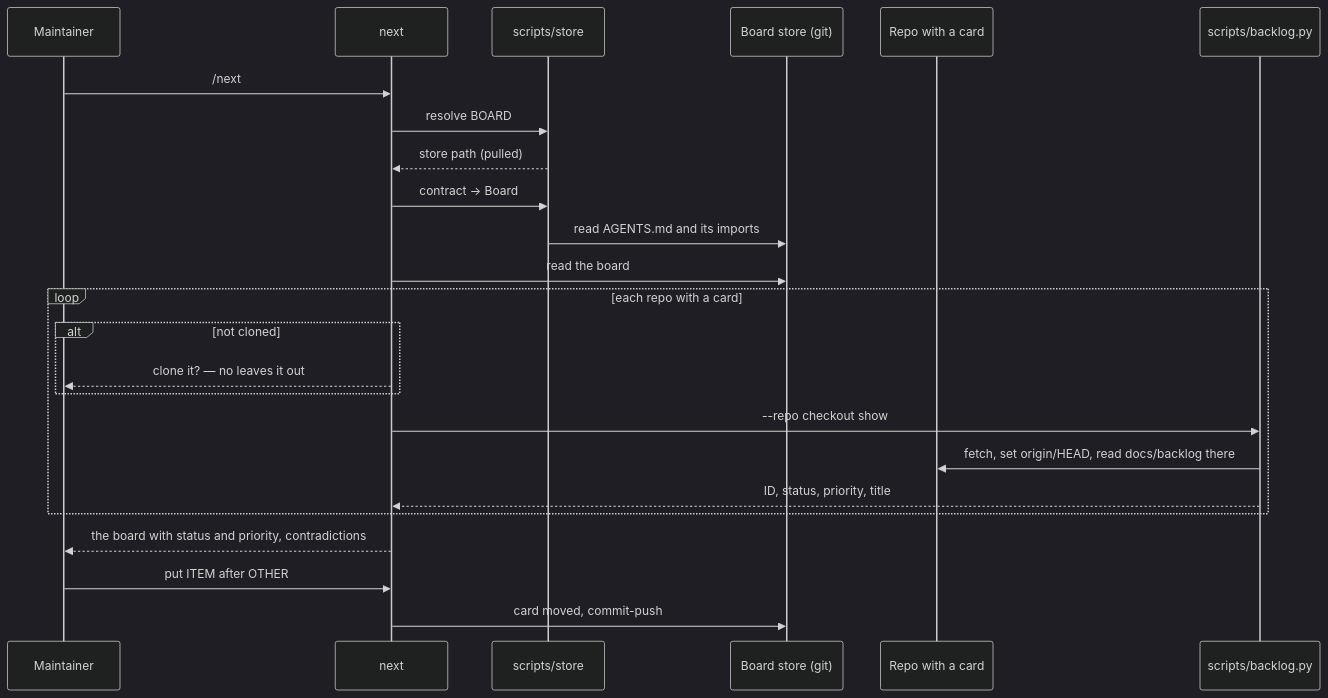
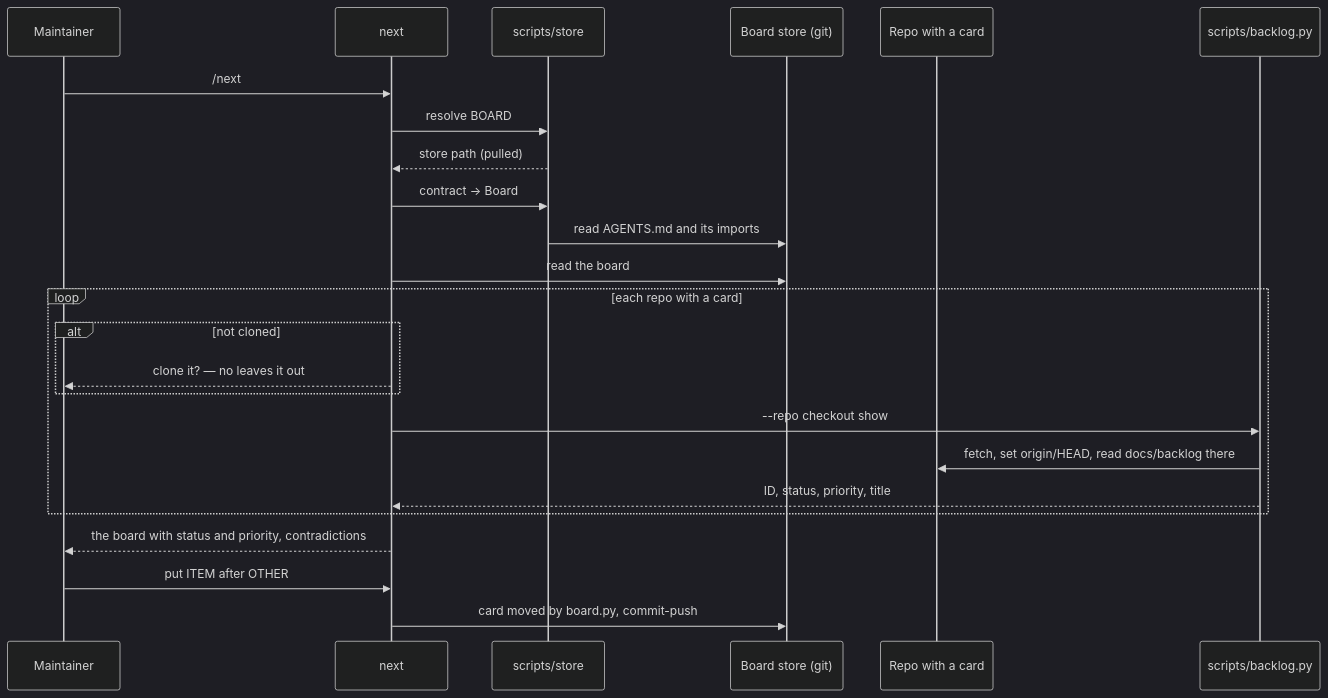
One commit to xxthunder/xxthunder-agentic-skills changed the eighth of 9 diagrams in docs/architecture.md. Above: the diagram before and after it, drawn with Mermaid (dark theme). The commit also changed other lines of this file and 6 other files, not shown here.

````diff
--- a/docs/architecture.md
+++ b/docs/architecture.md
@@ -328,26 +333,26 @@
 ```mermaid
 sequenceDiagram
     participant U as Maintainer
     participant N as next
     participant S as scripts/store
     participant K as Board store (git)
     participant R as Repo with a card
     participant P as scripts/backlog.py
     U->>N: /next
     N->>S: resolve BOARD
     S-->>N: store path (pulled)
     N->>S: contract → Board
     S->>K: read AGENTS.md and its imports
     N->>K: read the board
     loop each repo with a card
         alt not cloned
             N-->>U: clone it? — no leaves it out
         end
         N->>P: --repo checkout show
         P->>R: fetch, set origin/HEAD, read docs/backlog there
         P-->>N: ID, status, priority, title
     end
     N-->>U: the board with status and priority, contradictions
     U->>N: put ITEM after OTHER
-    N->>K: card moved, commit-push
+    N->>K: card moved by board.py, commit-push
 ```
````
